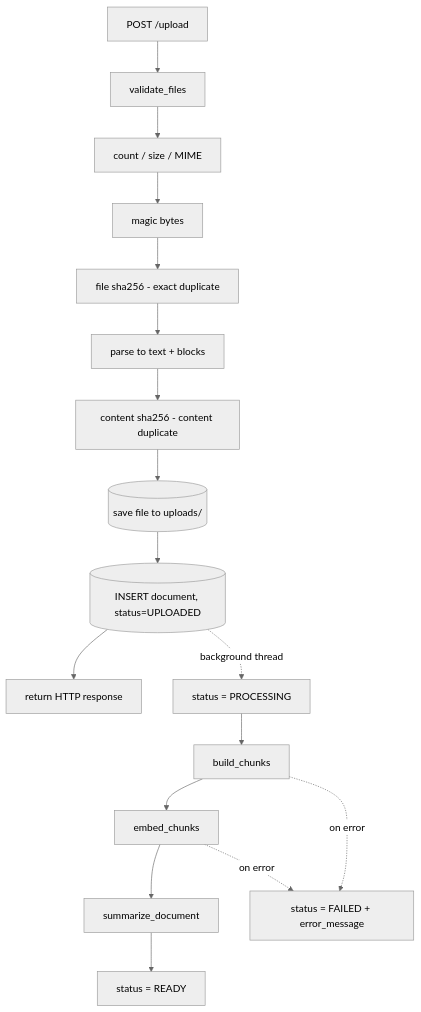
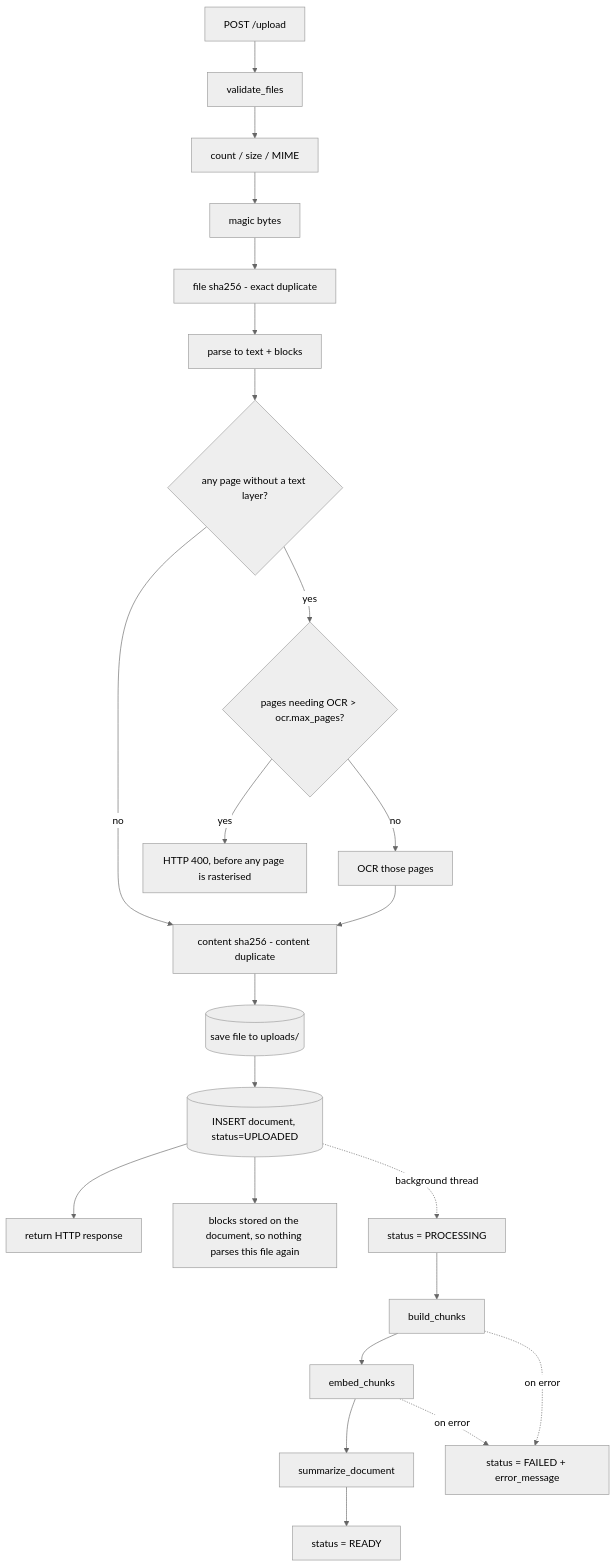
One commit to SathvikTati/SmartDoc changed the first of 5 diagrams in WORKFLOW.md. Above: the diagram before and after it, drawn with Mermaid (neutral theme). The commit also changed other lines of this file and 2 other files, not shown here.

First line of the commit message:
docs: OCR, the answer cache, and the measurements behind them

````diff
--- a/WORKFLOW.md
+++ b/WORKFLOW.md
@@ -28,21 +30,28 @@
 ```mermaid
 flowchart TD
     U[POST /upload] --> V[validate_files]
     V --> V1[count / size / MIME]
     V1 --> V2[magic bytes]
     V2 --> V3[file sha256 - exact duplicate]
     V3 --> P[parse to text + blocks]
-    P --> V4[content sha256 - content duplicate]
+    P --> O{any page without a text layer?}
+    O -- no --> V4
+    O -- yes --> O1{pages needing OCR > ocr.max_pages?}
+    O1 -- yes --> X[HTTP 400, before any page is rasterised]
+    O1 -- no --> O2[OCR those pages] --> V4
+    V4[content sha256 - content duplicate]
     V4 --> S[(save file to uploads/)]
     S --> D[(INSERT document, status=UPLOADED)]
     D --> R[return HTTP response]
+    D2[blocks stored on the document, so nothing parses this file again]
+    D --> D2
     D -.background thread.-> B1
 
     B1[status = PROCESSING] --> B4[build_chunks]
     B4 --> B5[embed_chunks]
     B5 --> B6[summarize_document]
     B6 --> B7[status = READY]
 
     B4 -. on error .-> F[status = FAILED + error_message]
     B5 -. on error .-> F
 ```
````
